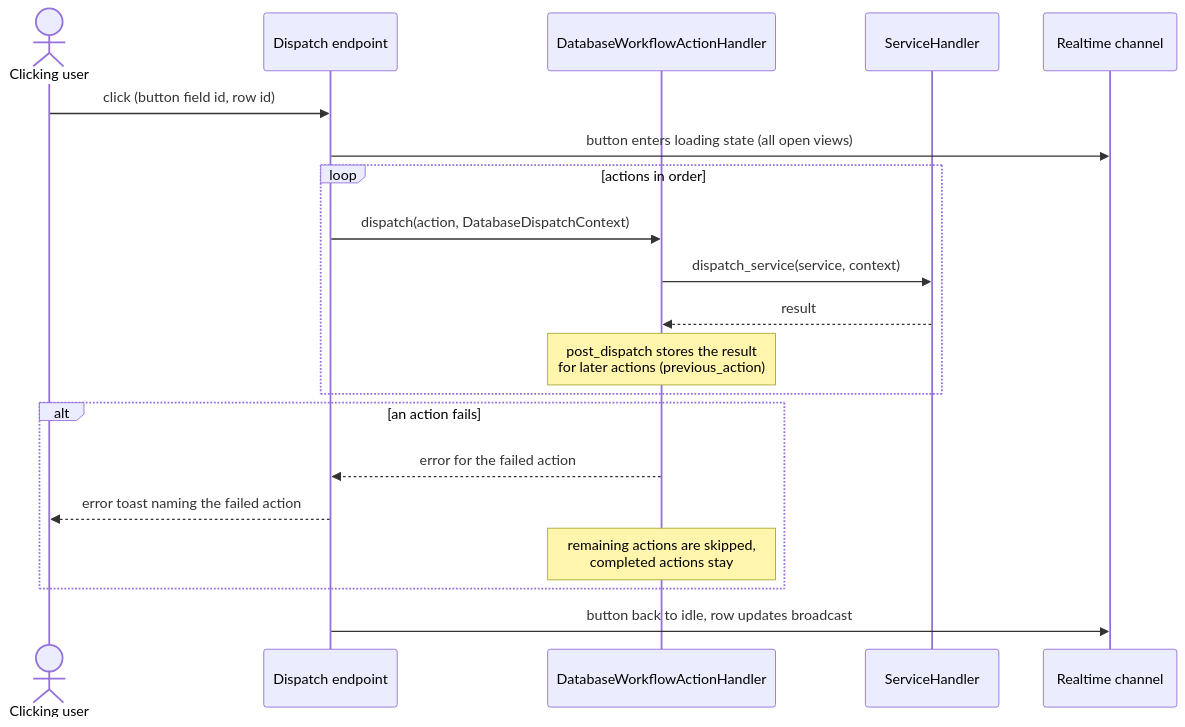
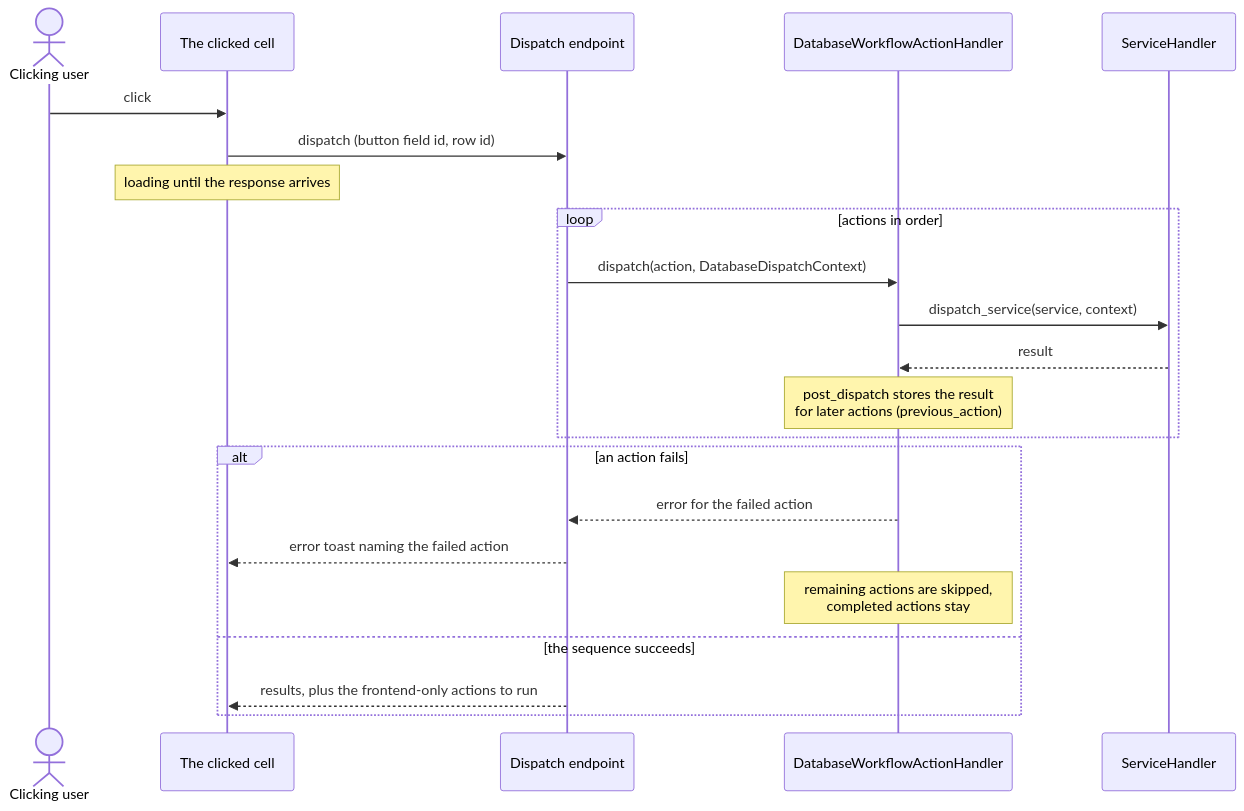
Before and after one commit to Mattlk13/baserow: the second of 4 diagrams in docs/decisions/006-button-field-workflow-actions.md, drawn with Mermaid. The commit also changed other lines of this file and 159 other files, not shown here.

First line of the commit message:
feat[2/6]: Run configured actions when a button is clicked (#1722) (#5786)

````diff
--- a/docs/decisions/006-button-field-workflow-actions.md
+++ b/docs/decisions/006-button-field-workflow-actions.md
@@ -128,23 +163,25 @@
 ```mermaid
 sequenceDiagram
     actor User as Clicking user
+    participant Cell as The clicked cell
     participant API as Dispatch endpoint
     participant H as DatabaseWorkflowActionHandler
     participant SH as ServiceHandler
-    participant WS as Realtime channel
 
-    User->>API: click (button field id, row id)
-    API->>WS: button enters loading state (all open views)
+    User->>Cell: click
+    Cell->>API: dispatch (button field id, row id)
+    Note over Cell: loading until the response arrives
     loop actions in order
         API->>H: dispatch(action, DatabaseDispatchContext)
         H->>SH: dispatch_service(service, context)
         SH-->>H: result
         Note over H: post_dispatch stores the result<br/>for later actions (previous_action)
     end
     alt an action fails
         H-->>API: error for the failed action
-        API-->>User: error toast naming the failed action
+        API-->>Cell: error toast naming the failed action
         Note over H: remaining actions are skipped,<br/>completed actions stay
+    else the sequence succeeds
+        API-->>Cell: results, plus the frontend-only actions to run
     end
-    API->>WS: button back to idle, row updates broadcast
 ```
````
